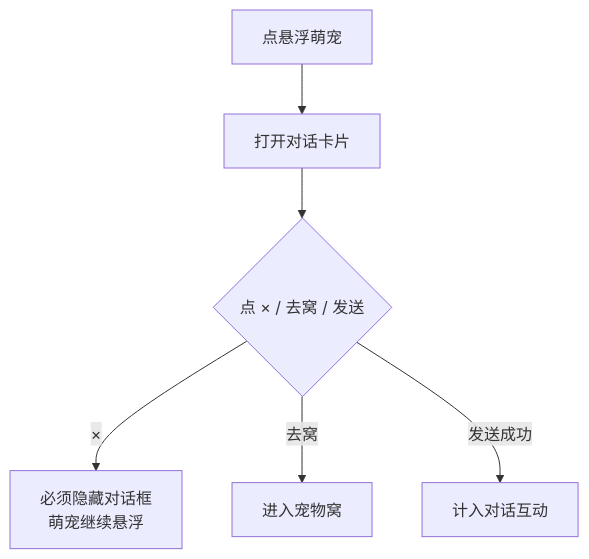
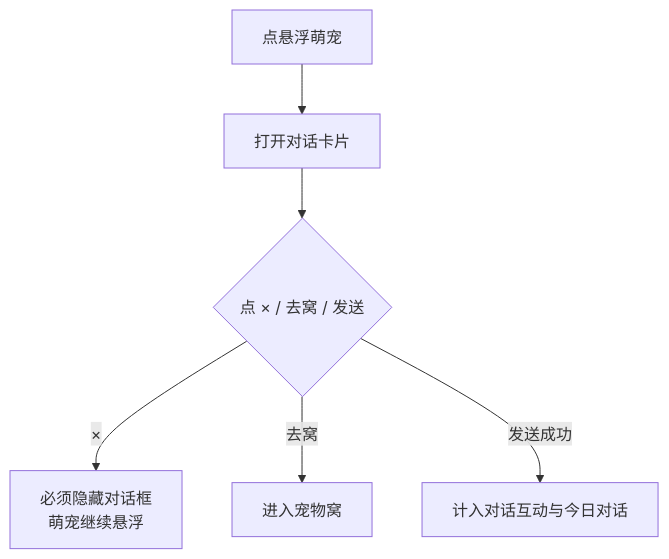
Before and after one commit to huasabrina8-dotcom/qq-pet-vip-prototype: the fifth of 7 diagrams in docs/萌宠乐园-开发测试宣讲需求.md, drawn with Mermaid. The commit also changed other lines of this file and 17 other files, not shown here.

````diff
--- a/docs/萌宠乐园-开发测试宣讲需求.md
+++ b/docs/萌宠乐园-开发测试宣讲需求.md
@@ -626,8 +672,8 @@
 ```mermaid
 flowchart TD
   A[点悬浮萌宠] --> B[打开对话卡片]
   B --> C{点 × / 去窝 / 发送}
   C -->|×| D[必须隐藏对话框<br/>萌宠继续悬浮]
   C -->|去窝| E[进入宠物窝]
-  C -->|发送成功| F[计入对话互动]
+  C -->|发送成功| F[计入对话互动与今日对话]
 ```
````
